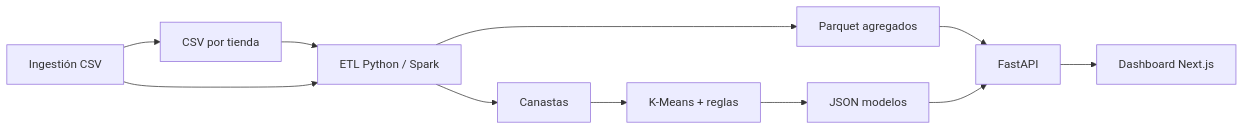
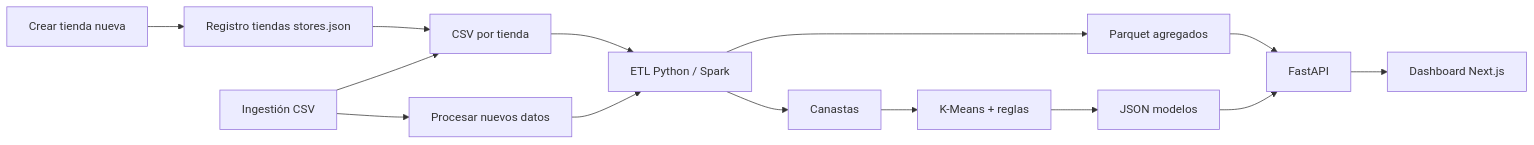
The diagram in docs/informe-tecnico.md (juanC773/Transacciones-de-supermercado-PDD), drawn with Mermaid before and after one commit. The commit also changed other lines of this file, not shown here.

````diff
--- a/docs/informe-tecnico.md
+++ b/docs/informe-tecnico.md
@@ -92,13 +121,16 @@
 ```mermaid
 flowchart LR
-  CSV[CSV por tienda] --> ETL[ETL Python / Spark]
+  REG[Registro tiendas stores.json] --> CSV[CSV por tienda]
+  CSV --> ETL[ETL Python / Spark]
   ETL --> AGG[Parquet agregados]
   ETL --> CAN[Canastas]
   CAN --> ML[K-Means + reglas]
   ML --> ART[JSON modelos]
   AGG --> API[FastAPI]
   ART --> API
   API --> UI[Dashboard Next.js]
+  NEW[Crear tienda nueva] --> REG
   ING[Ingestión CSV] --> CSV
-  ING --> ETL
+  PROC[Procesar nuevos datos] --> ETL
+  ING --> PROC
 ```
````
